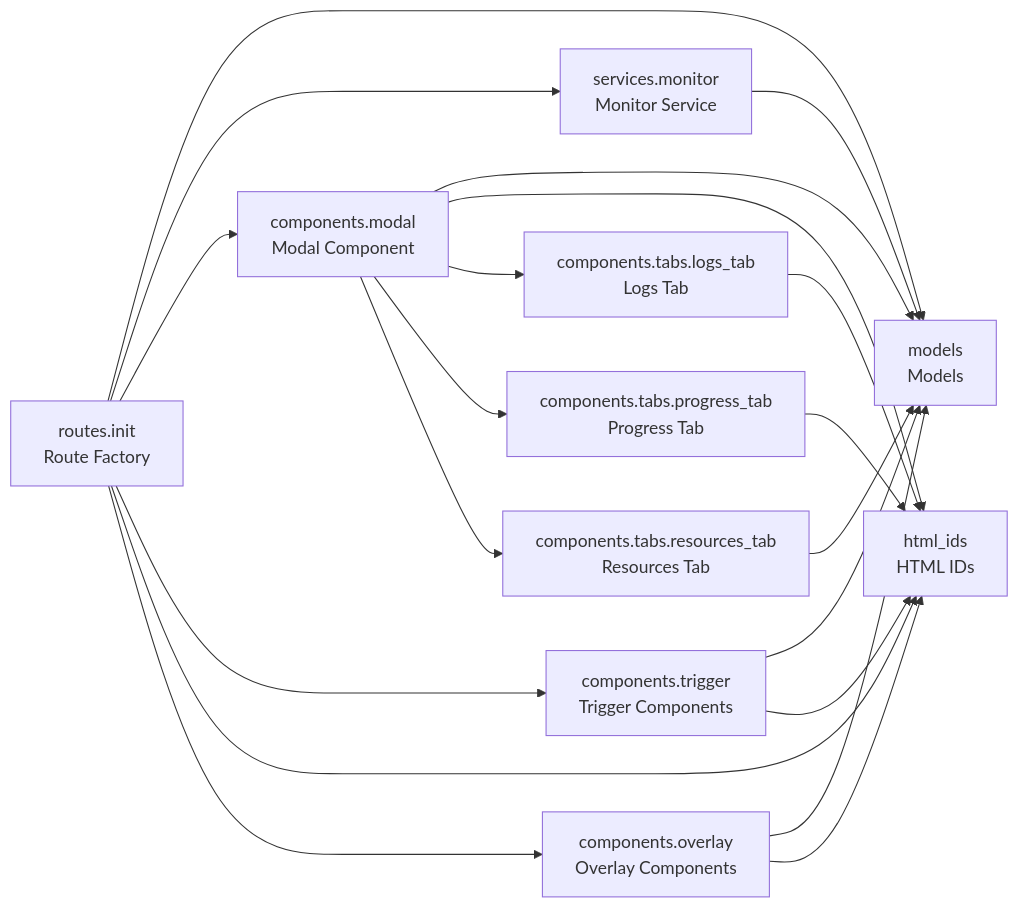
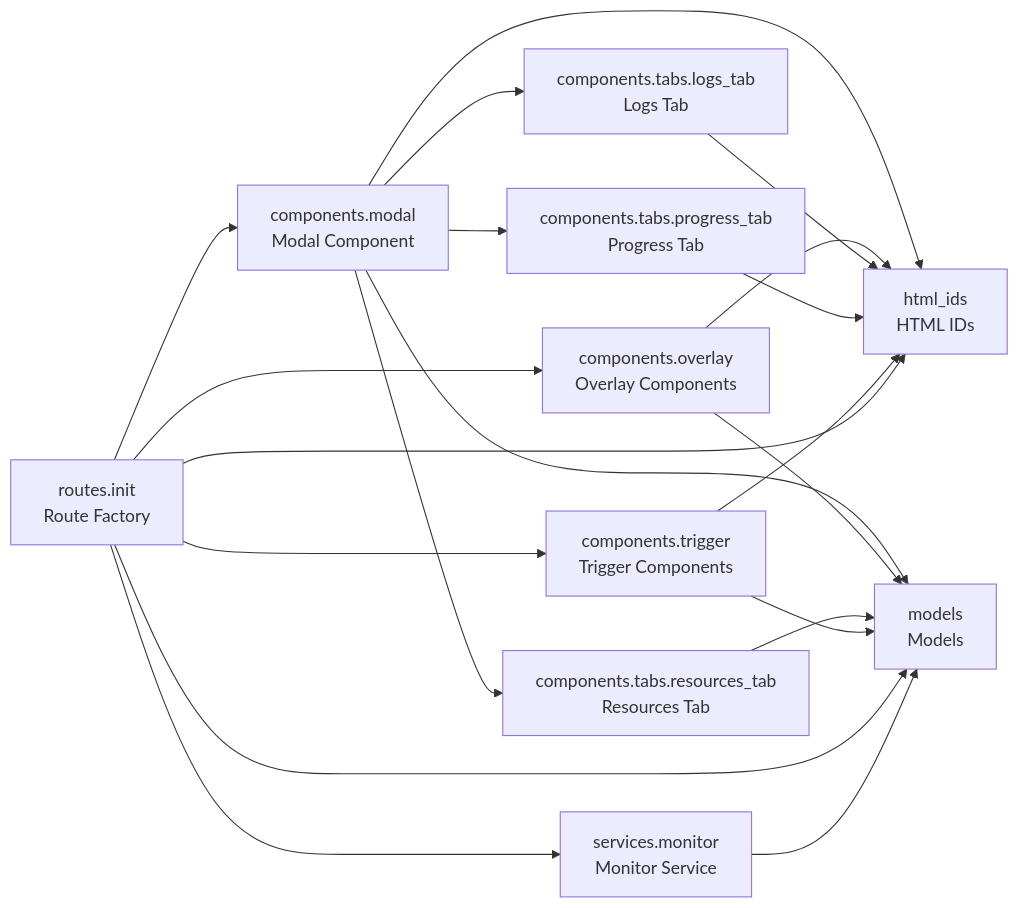
The diagram in README.md (cj-mills/cjm-fasthtml-job-monitor), drawn with Mermaid before and after one commit. The commit also changed other lines of this file and 3 other files, not shown here.

````diff
--- a/README.md
+++ b/README.md
@@ -34,33 +34,33 @@
 ``` mermaid
 graph LR
     components_modal[components.modal<br/>Modal Component]
     components_overlay[components.overlay<br/>Overlay Components]
     components_tabs_logs_tab[components.tabs.logs_tab<br/>Logs Tab]
     components_tabs_progress_tab[components.tabs.progress_tab<br/>Progress Tab]
     components_tabs_resources_tab[components.tabs.resources_tab<br/>Resources Tab]
     components_trigger[components.trigger<br/>Trigger Components]
     html_ids[html_ids<br/>HTML IDs]
     models[models<br/>Models]
     routes_init[routes.init<br/>Route Factory]
     services_monitor[services.monitor<br/>Monitor Service]
 
+    components_modal --> html_ids
+    components_modal --> components_tabs_progress_tab
     components_modal --> models
-    components_modal --> html_ids
+    components_modal --> components_tabs_resources_tab
     components_modal --> components_tabs_logs_tab
-    components_modal --> components_tabs_progress_tab
-    components_modal --> components_tabs_resources_tab
+    components_overlay --> html_ids
     components_overlay --> models
-    components_overlay --> html_ids
     components_tabs_logs_tab --> html_ids
     components_tabs_progress_tab --> html_ids
     components_tabs_resources_tab --> models
+    components_trigger --> html_ids
     components_trigger --> models
-    components_trigger --> html_ids
-    routes_init --> models
+    routes_init --> html_ids
     routes_init --> services_monitor
     routes_init --> components_modal
+    routes_init --> models
+    routes_init --> components_overlay
     routes_init --> components_trigger
-    routes_init --> html_ids
-    routes_init --> components_overlay
     services_monitor --> models
 ```
````
